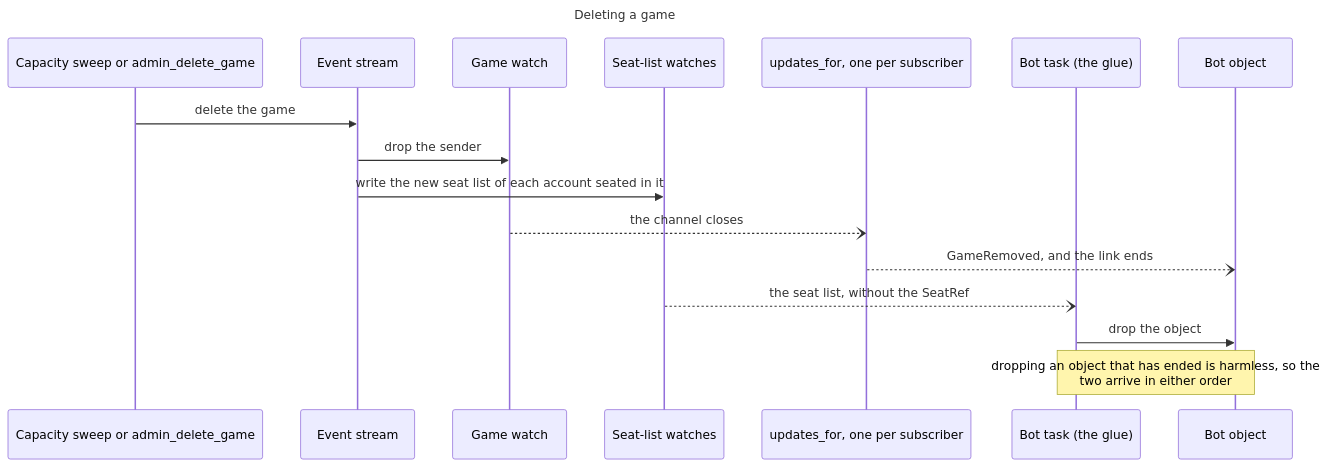
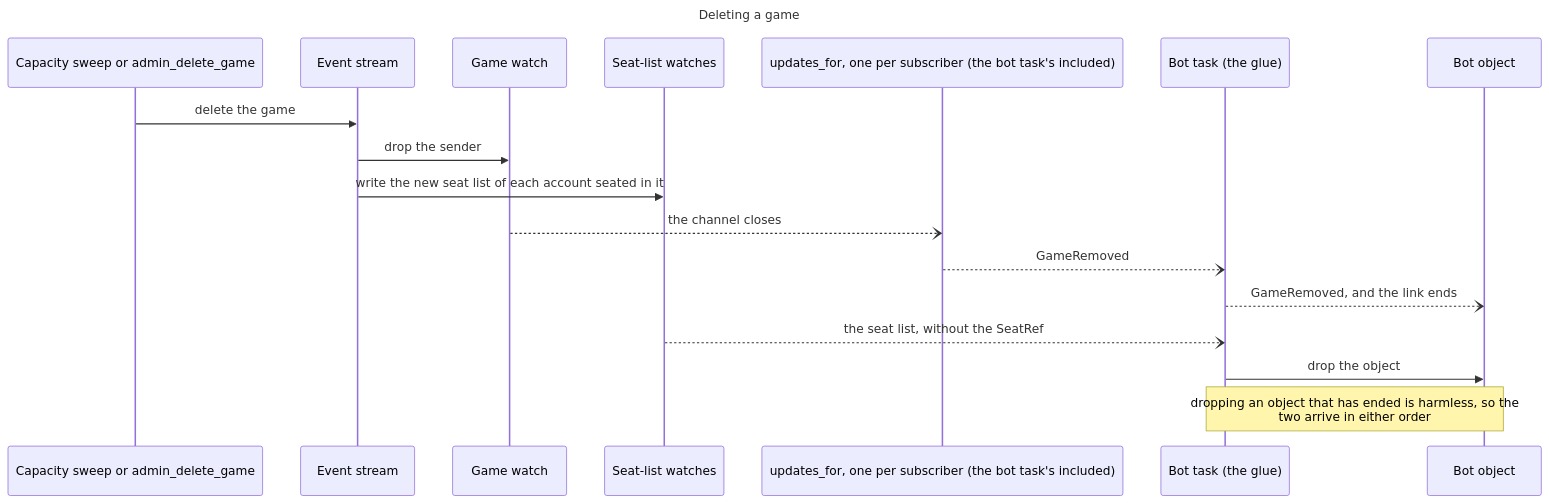
Before and after one commit to delphside/programme: the third of 4 diagrams in applications/tile-lite-elite/3.1.7-changes/workstreams/application-game-architecture/71-one-game-model/71-06-engine.md, drawn with Mermaid. The commit also changed other lines of this file and 7 other files, not shown here.

````diff
--- a/applications/tile-lite-elite/3.1.7-changes/workstreams/application-game-architecture/71-one-game-model/71-06-engine.md
+++ b/applications/tile-lite-elite/3.1.7-changes/workstreams/application-game-architecture/71-one-game-model/71-06-engine.md
@@ -343,20 +348,21 @@
 ```mermaid
 sequenceDiagram
   title Deleting a game
   participant D as Capacity sweep or admin_delete_game
   participant ES as Event stream
   participant GW as Game watch
   participant SW as Seat-list watches
-  participant U as updates_for, one per subscriber
+  participant U as updates_for, one per subscriber (the bot task's included)
   participant BT as Bot task (the glue)
   participant B as Bot object
 
   D->>ES: delete the game
   ES->>GW: drop the sender
   ES->>SW: write the new seat list of each account seated in it
   GW--)U: the channel closes
-  U--)B: GameRemoved, and the link ends
+  U--)BT: GameRemoved
+  BT--)B: GameRemoved, and the link ends
   SW--)BT: the seat list, without the SeatRef
   BT->>B: drop the object
   Note over B,BT: dropping an object that has ended is harmless, so the<br>two arrive in either order
 ```
````
